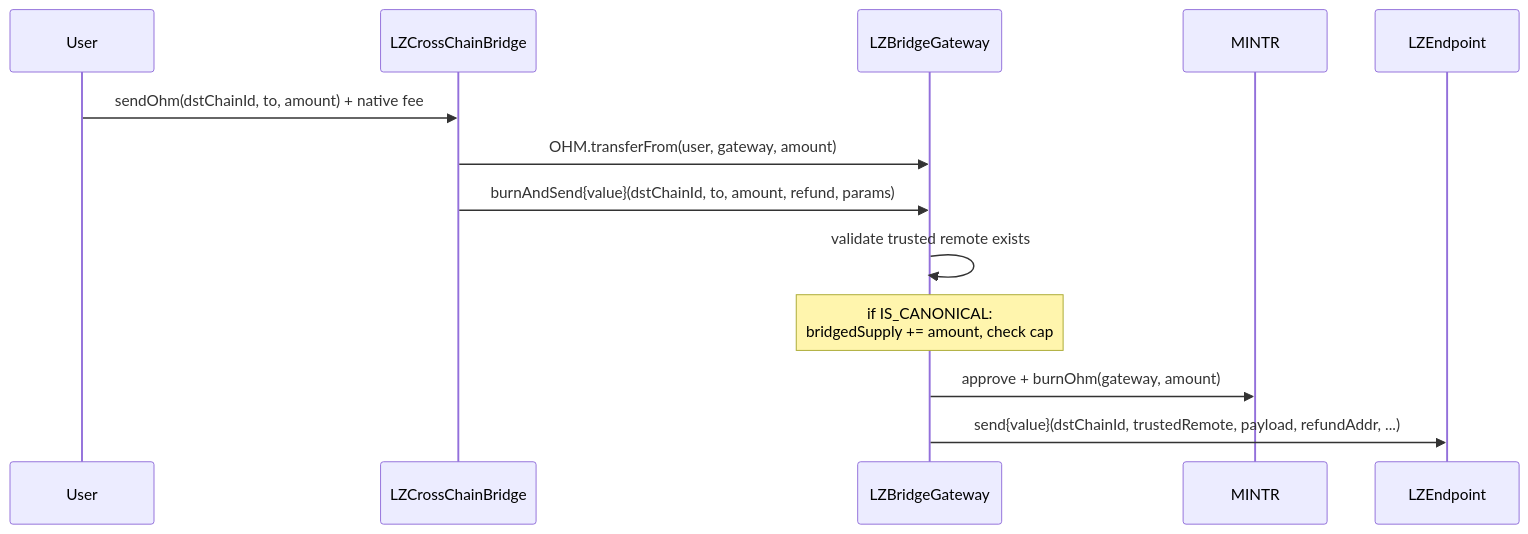
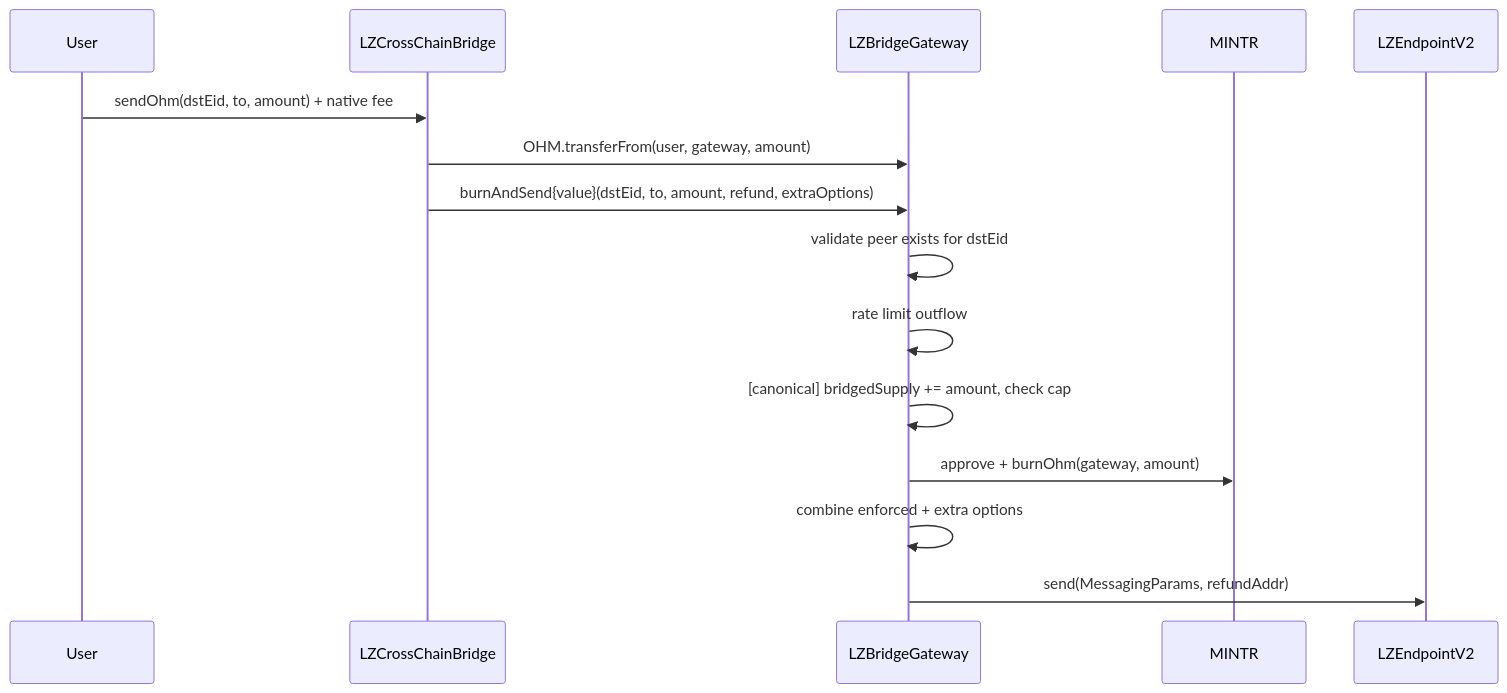
Before and after one commit to OlympusDAO/olympus-v3: the first of 2 diagrams in audit/2026-03_lz-bridge-upgrade/README.md, drawn with Mermaid. The commit also changed other lines of this file and 1 other file, not shown here.

````diff
--- a/audit/2026-03_lz-bridge-upgrade/README.md
+++ b/audit/2026-03_lz-bridge-upgrade/README.md
@@ -114,16 +118,18 @@
 ```mermaid
 sequenceDiagram
     participant User
     participant LZCrossChainBridge
     participant LZBridgeGateway
     participant MINTR
-    participant LZEndpoint
+    participant LZEndpointV2
 
-    User->>LZCrossChainBridge: sendOhm(dstChainId, to, amount) + native fee
+    User->>LZCrossChainBridge: sendOhm(dstEid, to, amount) + native fee
     LZCrossChainBridge->>LZBridgeGateway: OHM.transferFrom(user, gateway, amount)
-    LZCrossChainBridge->>LZBridgeGateway: burnAndSend{value}(dstChainId, to, amount, refund, params)
-    LZBridgeGateway->>LZBridgeGateway: validate trusted remote exists
-    Note over LZBridgeGateway: if IS_CANONICAL:<br/>bridgedSupply += amount, check cap
+    LZCrossChainBridge->>LZBridgeGateway: burnAndSend{value}(dstEid, to, amount, refund, extraOptions)
+    LZBridgeGateway->>LZBridgeGateway: validate peer exists for dstEid
+    LZBridgeGateway->>LZBridgeGateway: rate limit outflow
+    LZBridgeGateway->>LZBridgeGateway: [canonical] bridgedSupply += amount, check cap
     LZBridgeGateway->>MINTR: approve + burnOhm(gateway, amount)
-    LZBridgeGateway->>LZEndpoint: send{value}(dstChainId, trustedRemote, payload, refundAddr, ...)
+    LZBridgeGateway->>LZBridgeGateway: combine enforced + extra options
+    LZBridgeGateway->>LZEndpointV2: send(MessagingParams, refundAddr)
 ```
````
